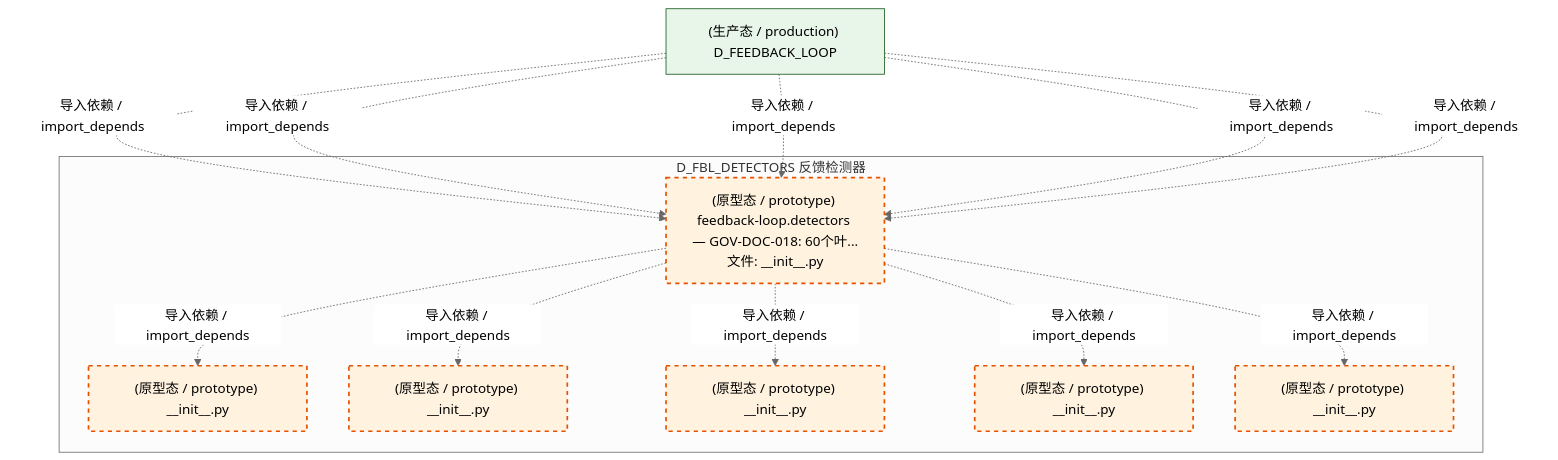
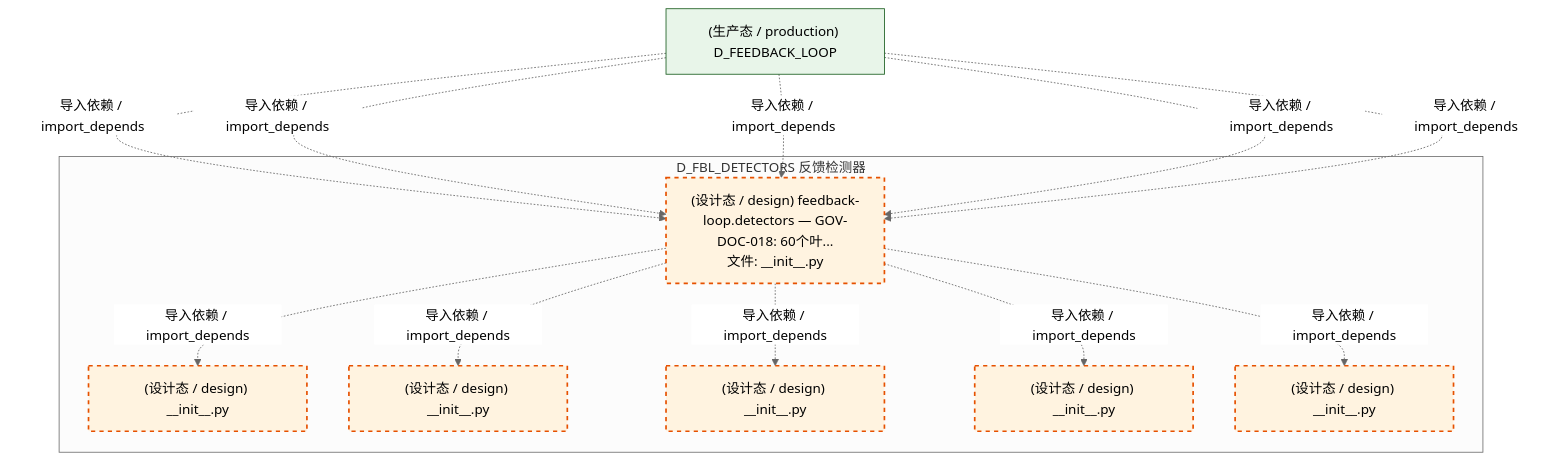
One commit to xuanFelixVan/ZephyrAlpha changed the fifth of 6 diagrams in docs/02_enterprise_architecture/02_domain_architecture_docs/11_d_fbl_detectors.md. Above: the diagram before and after it, drawn with Mermaid (neutral theme). The commit also changed other lines of this file and 177 other files, not shown here.

````diff
--- a/docs/02_enterprise_architecture/02_domain_architecture_docs/11_d_fbl_detectors.md
+++ b/docs/02_enterprise_architecture/02_domain_architecture_docs/11_d_fbl_detectors.md
@@ -336,28 +335,28 @@
 ```mermaid
 graph TD
     subgraph D_FBL_DETECTORS["D_FBL_DETECTORS 反馈检测器"]
-        src_zephyr_feedback_loop_detectors_init_py["(原型态 / prototype) feedback-loop.detectors — GOV-DOC-018: 60个叶...<br/>文件: __init__.py"]
-        src_zephyr_feedback_loop_detectors_anomaly_init_py["(原型态 / prototype) __init__.py"]
-        src_zephyr_feedback_loop_detectors_correlation_init_py["(原型态 / prototype) __init__.py"]
-        src_zephyr_feedback_loop_detectors_drift_init_py["(原型态 / prototype) __init__.py"]
-        src_zephyr_feedback_loop_detectors_guard_init_py["(原型态 / prototype) __init__.py"]
-        src_zephyr_feedback_loop_detectors_reliability_init_py["(原型态 / prototype) __init__.py"]
+        src_zephyr_feedback_loop_detectors_init_py["(设计态 / design) feedback-loop.detectors — GOV-DOC-018: 60个叶...<br/>文件: __init__.py"]
+        src_zephyr_feedback_loop_detectors_anomaly_init_py["(设计态 / design) __init__.py"]
+        src_zephyr_feedback_loop_detectors_correlation_init_py["(设计态 / design) __init__.py"]
+        src_zephyr_feedback_loop_detectors_drift_init_py["(设计态 / design) __init__.py"]
+        src_zephyr_feedback_loop_detectors_guard_init_py["(设计态 / design) __init__.py"]
+        src_zephyr_feedback_loop_detectors_reliability_init_py["(设计态 / design) __init__.py"]
     end
     src_zephyr_feedback_loop_detectors_init_py -.->|导入依赖 / import_depends| src_zephyr_feedback_loop_detectors_anomaly_init_py
     src_zephyr_feedback_loop_detectors_init_py -.->|导入依赖 / import_depends| src_zephyr_feedback_loop_detectors_correlation_init_py
     src_zephyr_feedback_loop_detectors_init_py -.->|导入依赖 / import_depends| src_zephyr_feedback_loop_detectors_drift_init_py
     src_zephyr_feedback_loop_detectors_init_py -.->|导入依赖 / import_depends| src_zephyr_feedback_loop_detectors_guard_init_py
     src_zephyr_feedback_loop_detectors_init_py -.->|导入依赖 / import_depends| src_zephyr_feedback_loop_detectors_reliability_init_py
     D_FEEDBACK_LOOP["(生产态 / production) D_FEEDBACK_LOOP"]
     D_FEEDBACK_LOOP -.->|导入依赖 / import_depends| src_zephyr_feedback_loop_detectors_init_py
     D_FEEDBACK_LOOP -.->|导入依赖 / import_depends| src_zephyr_feedback_loop_detectors_init_py
     D_FEEDBACK_LOOP -.->|导入依赖 / import_depends| src_zephyr_feedback_loop_detectors_init_py
     D_FEEDBACK_LOOP -.->|导入依赖 / import_depends| src_zephyr_feedback_loop_detectors_init_py
     D_FEEDBACK_LOOP -.->|导入依赖 / import_depends| src_zephyr_feedback_loop_detectors_init_py
     classDef production fill:#e1f5fe,stroke:#01579b,stroke-width:2px,color:#000
     classDef design fill:#fff3e0,stroke:#e65100,stroke-width:2px,color:#000,stroke-dasharray: 5 5
     classDef external_prod fill:#e8f5e9,stroke:#1b5e20,stroke-width:1px,color:#000
     classDef external_design fill:#fce4ec,stroke:#880e4f,stroke-width:1px,color:#000,stroke-dasharray: 5 5
     class src_zephyr_feedback_loop_detectors_init_py,src_zephyr_feedback_loop_detectors_anomaly_init_py,src_zephyr_feedback_loop_detectors_correlation_init_py,src_zephyr_feedback_loop_detectors_drift_init_py,src_zephyr_feedback_loop_detectors_guard_init_py,src_zephyr_feedback_loop_detectors_reliability_init_py design
     class D_FEEDBACK_LOOP external_prod
 ```
````
